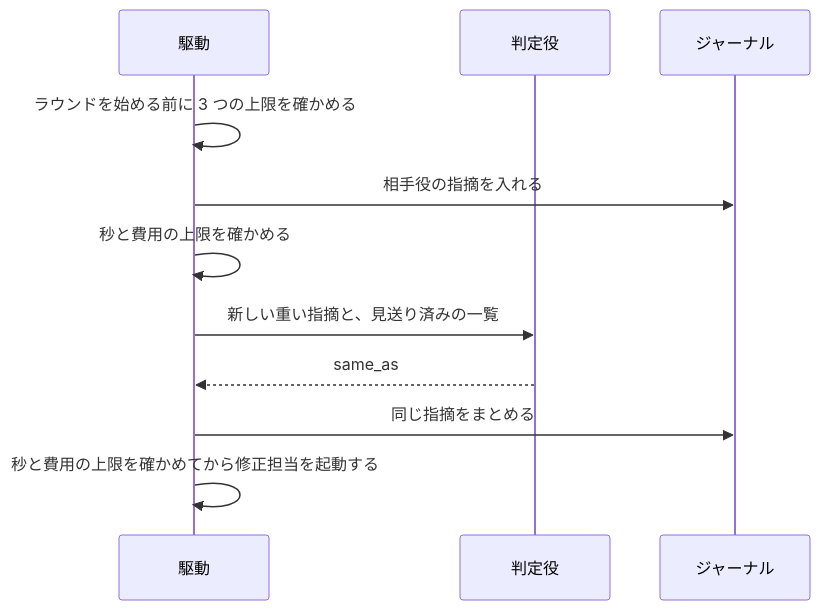
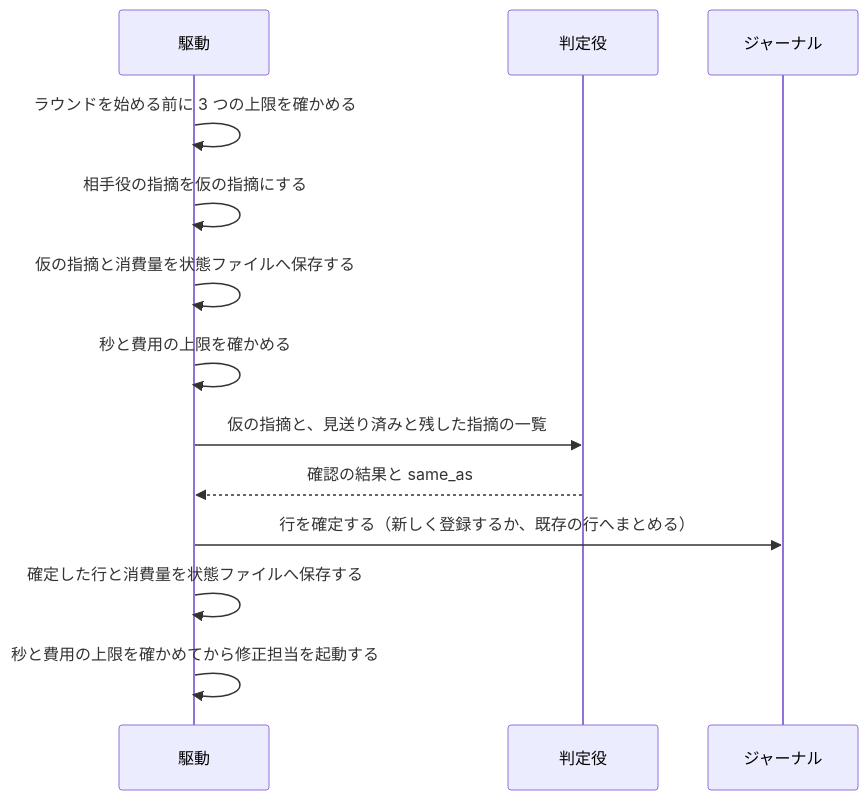
Before and after one commit to devbasex/ai-plugins: the third of 3 diagrams in issues/issue-2468-design.md, drawn with Mermaid. The commit also changed other lines of this file and 6 other files, not shown here.

````diff
--- a/issues/issue-2468-design.md
+++ b/issues/issue-2468-design.md
@@ -210,13 +218,15 @@
 ```mermaid
 sequenceDiagram
     participant D as 駆動
     participant V as 判定役
     participant J as ジャーナル
     D->>D: ラウンドを始める前に 3 つの上限を確かめる
-    D->>J: 相手役の指摘を入れる
+    D->>D: 相手役の指摘を仮の指摘にする
+    D->>D: 仮の指摘と消費量を状態ファイルへ保存する
     D->>D: 秒と費用の上限を確かめる
-    D->>V: 新しい重い指摘と、見送り済みの一覧
-    V-->>D: same_as
-    D->>J: 同じ指摘をまとめる
+    D->>V: 仮の指摘と、見送り済みと残した指摘の一覧
+    V-->>D: 確認の結果と same_as
+    D->>J: 行を確定する（新しく登録するか、既存の行へまとめる）
+    D->>D: 確定した行と消費量を状態ファイルへ保存する
     D->>D: 秒と費用の上限を確かめてから修正担当を起動する
 ```
````
